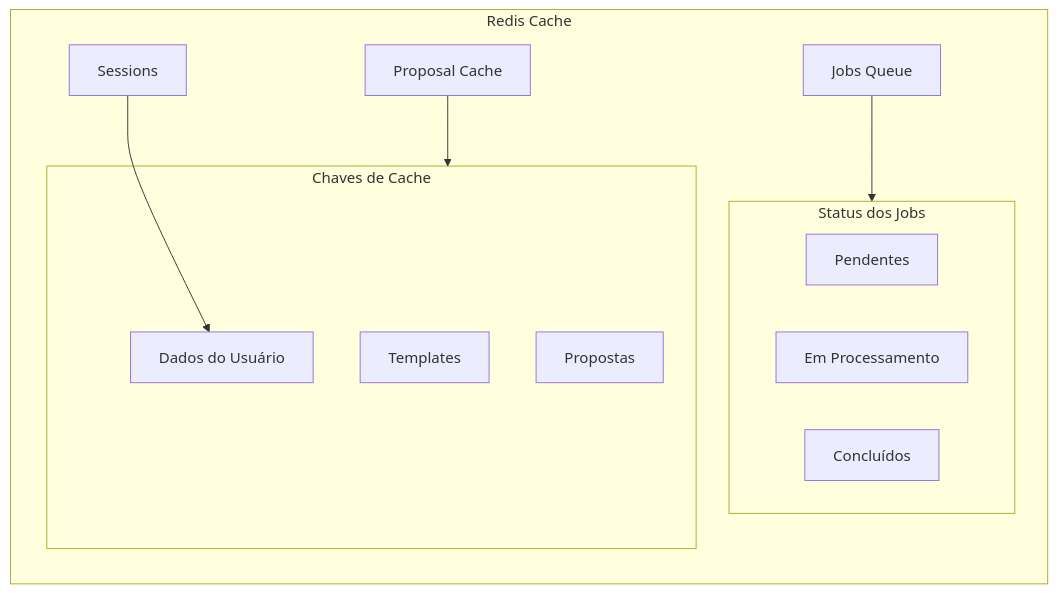
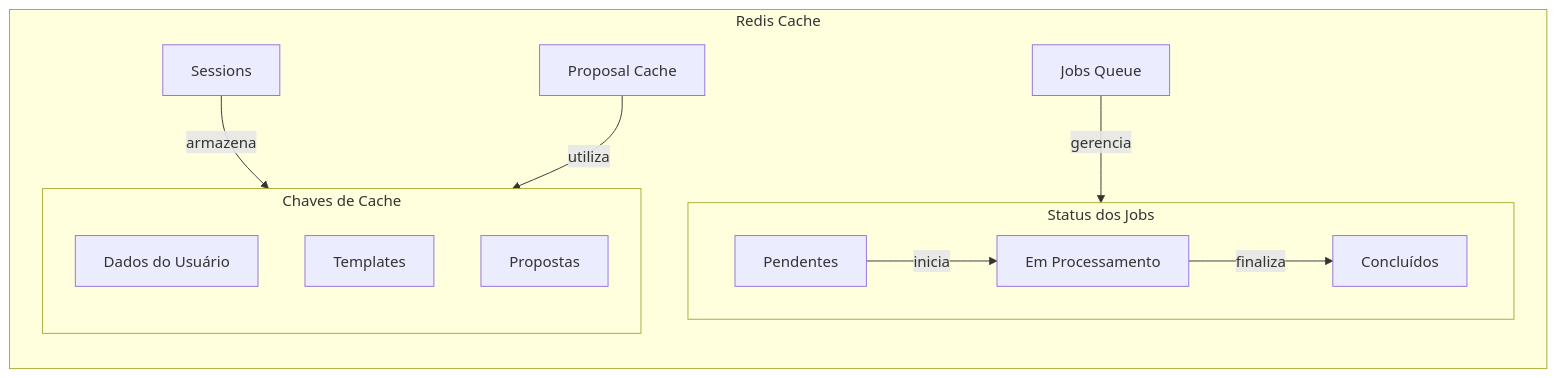
The third of 3 diagrams in doc/database_model.md (thespamer/propos4l), drawn with Mermaid before and after one commit. The commit also changed other lines of this file and 37 other files, not shown here.

````diff
--- a/doc/database_model.md
+++ b/doc/database_model.md
@@ -163,25 +166,31 @@
 ```mermaid
-graph TB
+flowchart TB
     subgraph Redis["Redis Cache"]
         direction TB
         Jobs["Jobs Queue"]
         Sessions["Sessions"]
         ProposalCache["Proposal Cache"]
         
         subgraph JobStatus["Status dos Jobs"]
+            direction LR
             Pending["Pendentes"]
             Processing["Em Processamento"]
             Completed["Concluídos"]
+            
+            Pending -->|"inicia"| Processing
+            Processing -->|"finaliza"| Completed
         end
         
         subgraph CacheKeys["Chaves de Cache"]
+            direction TB
             UserData["Dados do Usuário"]
             TemplateData["Templates"]
             ProposalData["Propostas"]
         end
+        
+        %% Conexões
+        Jobs -->|"gerencia"| JobStatus
+        Sessions -->|"armazena"| UserData
+        ProposalCache -->|"utiliza"| CacheKeys
     end
-    
-    Jobs --> JobStatus
-    Sessions --> UserData
-    ProposalCache --> CacheKeys
 ```
````
